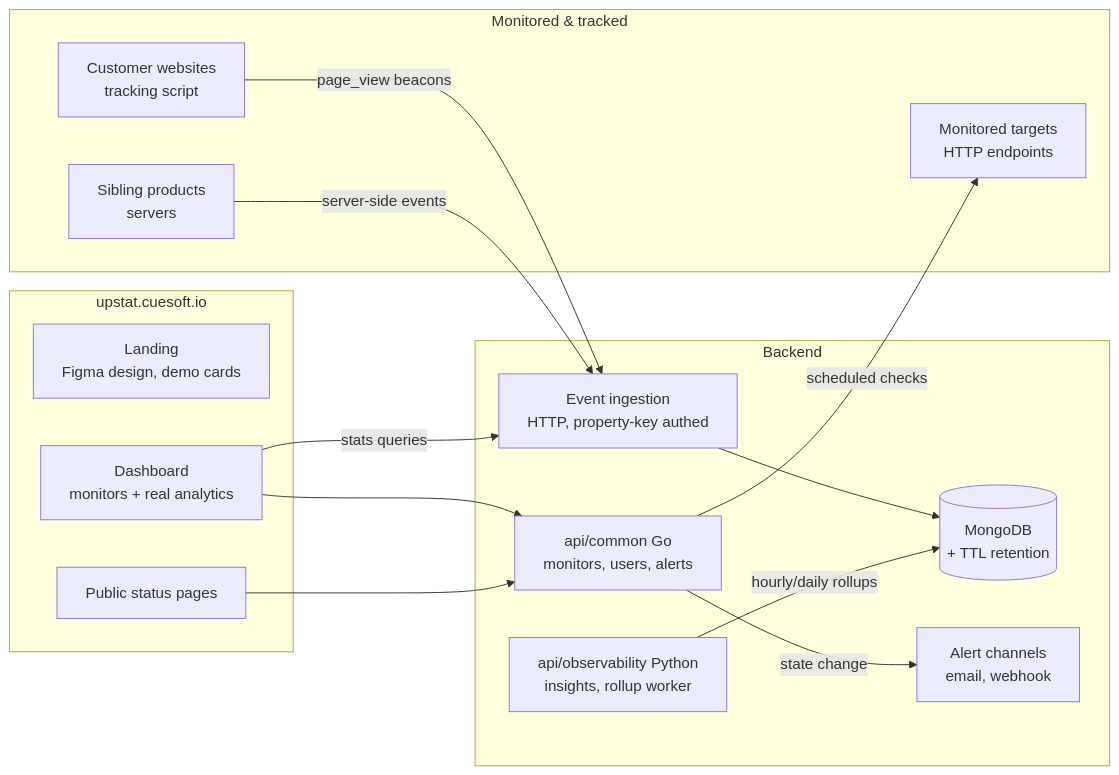
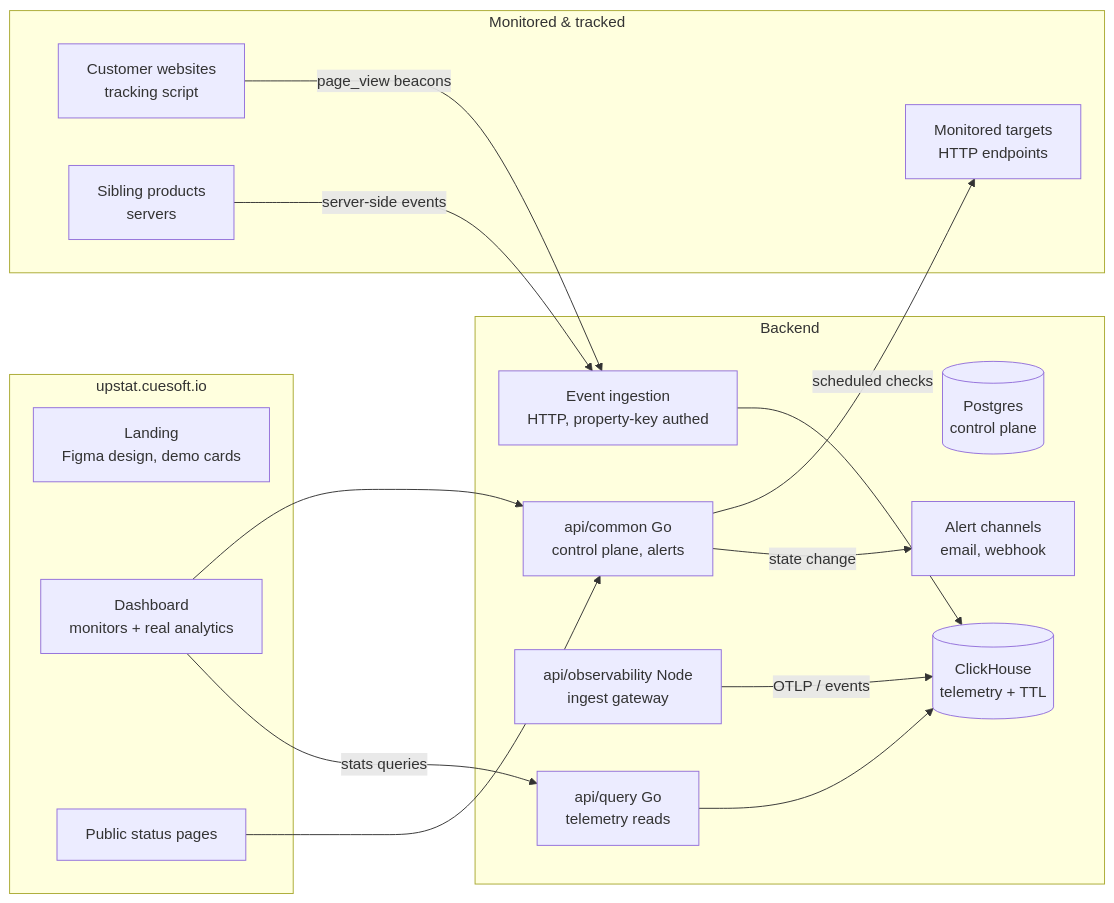
One commit to cuesoftinc/upstat changed the second of 6 diagrams in docs/architecture.md. Above: the diagram before and after it, drawn with Mermaid. The commit also changed other lines of this file and 5 other files, not shown here.

Commit message:
docs: replace stale MongoDB descriptions with Postgres and ClickHouse (#429) (#458)

````diff
--- a/docs/architecture.md
+++ b/docs/architecture.md
@@ -67,32 +78,35 @@
 ```mermaid
 flowchart LR
     subgraph Monitored & tracked
         SITE[Customer websites<br/>tracking script]
         SIB[Sibling products<br/>servers]
         TGT[Monitored targets<br/>HTTP endpoints]
     end
 
     subgraph upstat.cuesoft.io
         LAND[Landing<br/>Figma design, demo cards]
         DASH[Dashboard<br/>monitors + real analytics]
         STATUS[Public status pages]
     end
 
     subgraph Backend
         ING[Event ingestion<br/>HTTP, property-key authed]
-        GO[api/common Go<br/>monitors, users, alerts]
-        OBS[api/observability Python<br/>insights, rollup worker]
-        MG[(MongoDB<br/>+ TTL retention)]
-        CH[Alert channels<br/>email, webhook]
+        GO[api/common Go<br/>control plane, alerts]
+        OBS[api/observability Node<br/>ingest gateway]
+        Q[api/query Go<br/>telemetry reads]
+        PG[(Postgres<br/>control plane)]
+        TELEM[(ClickHouse<br/>telemetry + TTL)]
+        CHAN[Alert channels<br/>email, webhook]
     end
 
     SITE -->|page_view beacons| ING
     SIB -->|server-side events| ING
     GO -->|scheduled checks| TGT
-    ING --> MG
-    OBS -->|hourly/daily rollups| MG
-    GO -->|state change| CH
+    ING --> TELEM
+    OBS -->|OTLP / events| TELEM
+    GO -->|state change| CHAN
+    Q --> TELEM
     DASH --> GO
-    DASH -->|stats queries| ING
+    DASH -->|stats queries| Q
     STATUS --> GO
 ```
````
